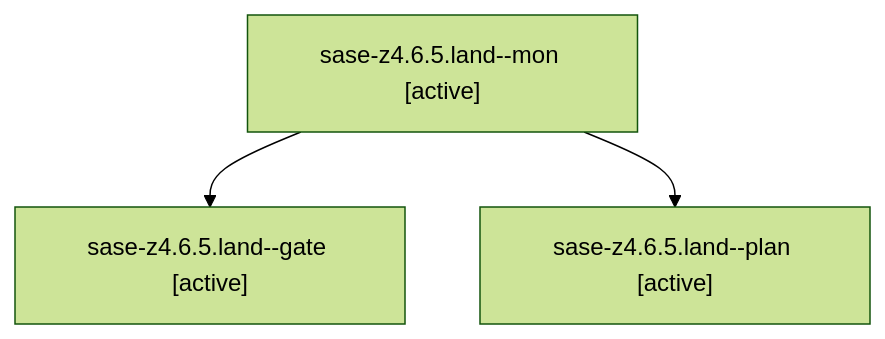
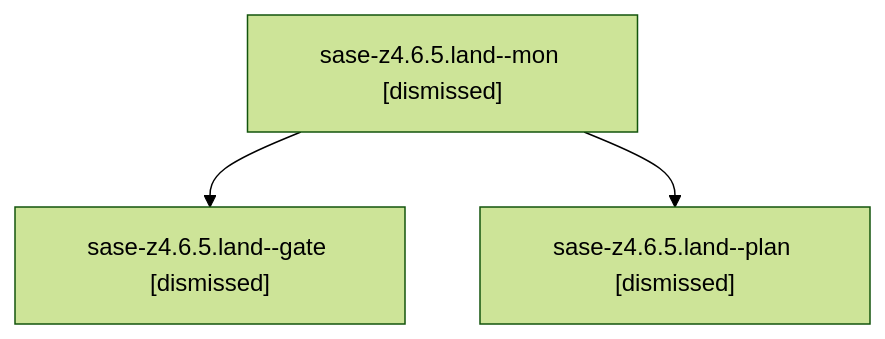
The diagram in sessions/bbugyi200.athena.sase-z4.6.5.land.md (sase-org/sase--agents), drawn with Mermaid (forest theme) before and after one commit. The commit also changed other lines of this file and 157 other files, not shown here.

````diff
--- a/sessions/bbugyi200.athena.sase-z4.6.5.land.md
+++ b/sessions/bbugyi200.athena.sase-z4.6.5.land.md
@@ -9,8 +9,8 @@
 ```mermaid
 flowchart TD
-  n0["sase-z4.6.5.land--mon [active]"]
-  n1["sase-z4.6.5.land--gate [active]"]
+  n0["sase-z4.6.5.land--mon [dismissed]"]
+  n1["sase-z4.6.5.land--gate [dismissed]"]
   n0 --> n1
-  n2["sase-z4.6.5.land--plan [active]"]
+  n2["sase-z4.6.5.land--plan [dismissed]"]
   n0 --> n2
 ```
````
